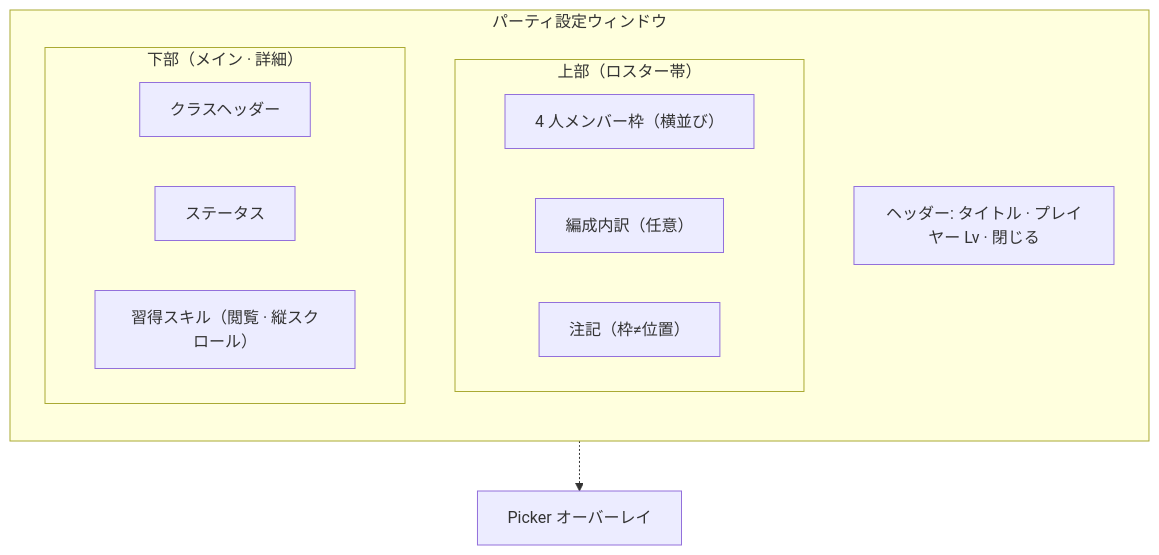
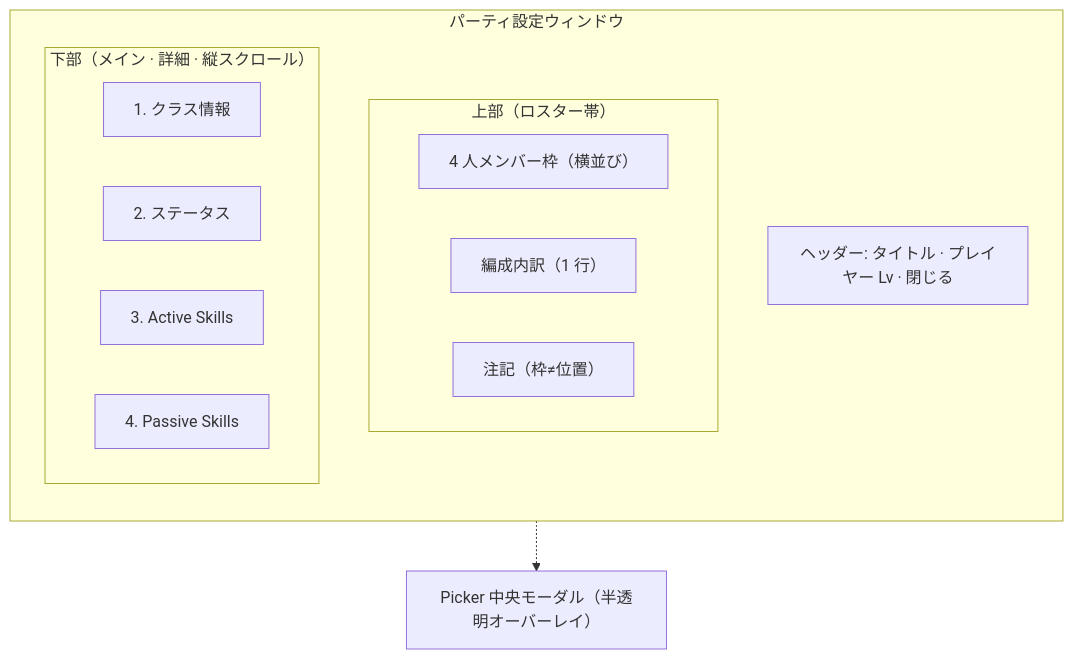
Before and after one commit to sucRo0629/auto-battle-idle: the diagram in docs/spec/party-formation-ui.md, drawn with Mermaid. The commit also changed other lines of this file and 1 other file, not shown here.

````diff
--- a/docs/spec/party-formation-ui.md
+++ b/docs/spec/party-formation-ui.md
@@ -67,19 +76,20 @@
 ```mermaid
 flowchart TB
   subgraph win["パーティ設定ウィンドウ"]
     direction TB
     bar["ヘッダー: タイトル · プレイヤー Lv · 閉じる"]
     subgraph roster["上部（ロスター帯）"]
       R0["4 人メンバー枠（横並び）"]
-      R1["編成内訳（任意）"]
+      R1["編成内訳（1 行）"]
       R2["注記（枠≠位置）"]
     end
-    subgraph detail["下部（メイン · 詳細）"]
-      D1["クラスヘッダー"]
-      D2["ステータス"]
-      D3["習得スキル（閲覧 · 縦スクロール）"]
+    subgraph detail["下部（メイン · 詳細 · 縦スクロール）"]
+      D1["1. クラス情報"]
+      D2["2. ステータス"]
+      D3["3. Active Skills"]
+      D4["4. Passive Skills"]
     end
   end
-  picker["Picker オーバーレイ"]
+  picker["Picker 中央モーダル（半透明オーバーレイ）"]
   win -.-> picker
 ```
````
